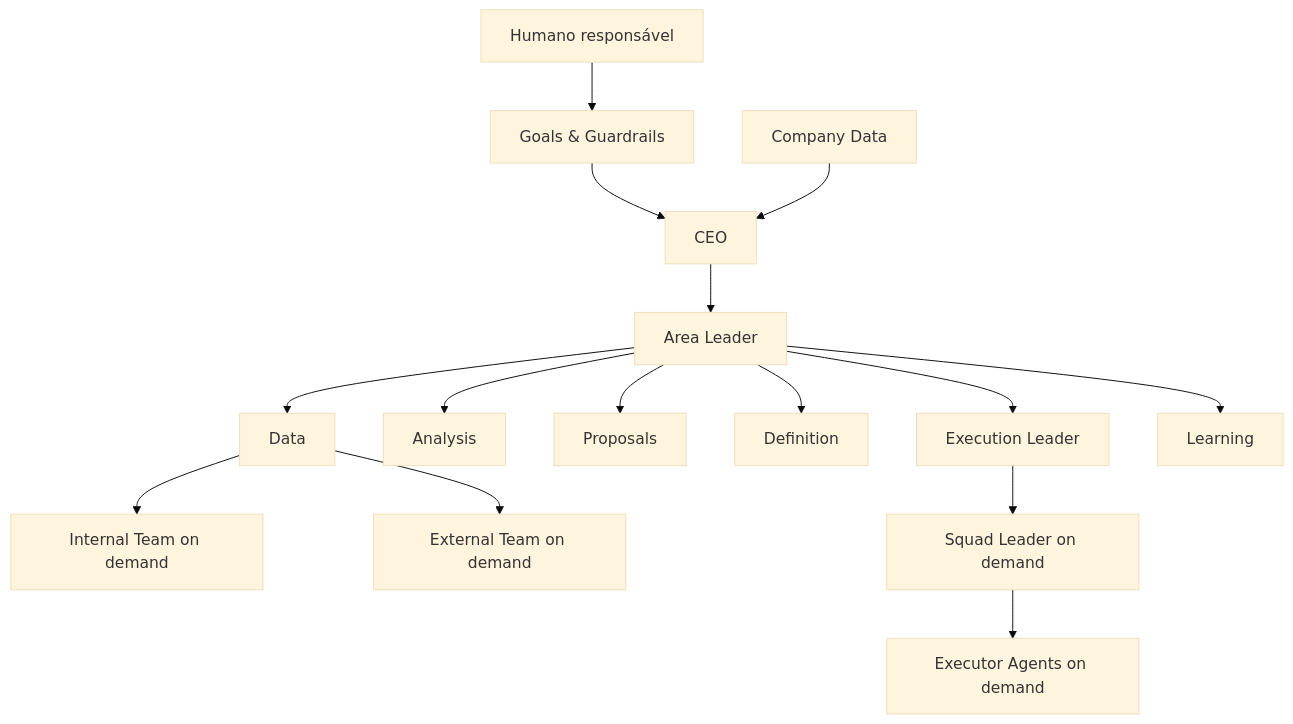
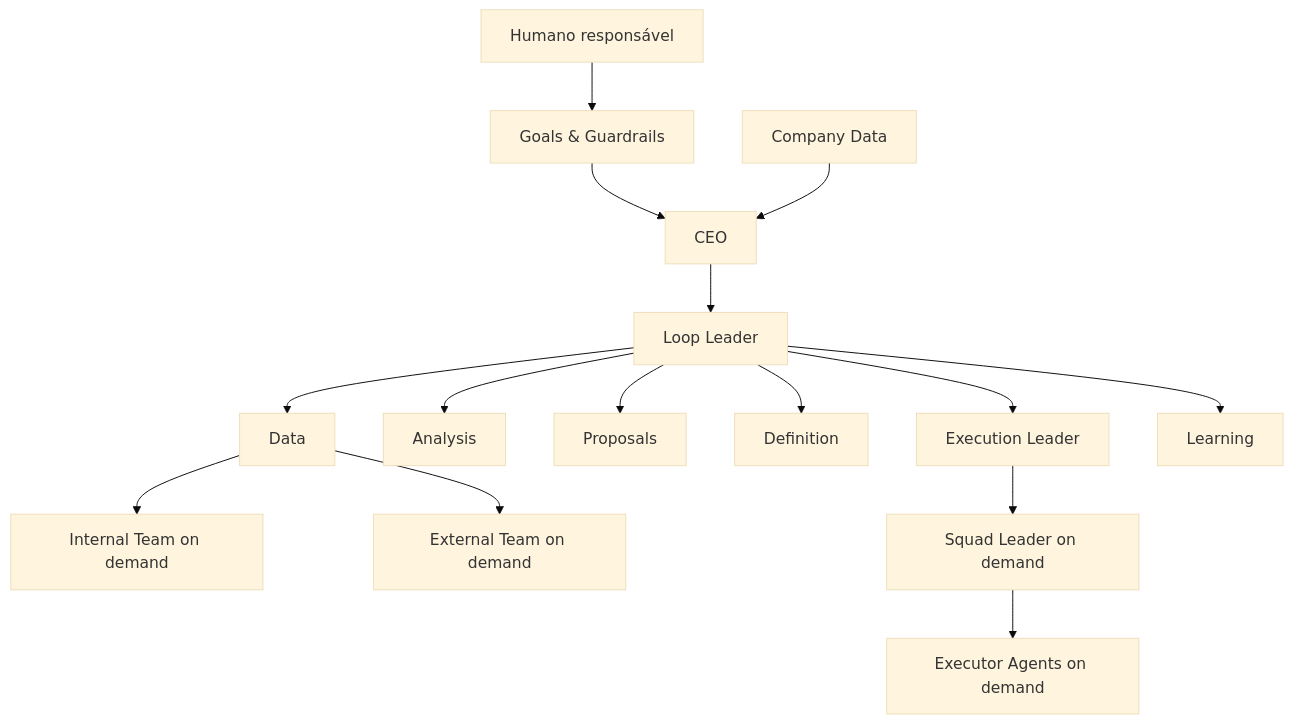
The first of 2 diagrams in COMPANY_STRUCTURE.md (clwdtch/autocompany), drawn with Mermaid (base theme) before and after one commit. The commit also changed other lines of this file and 6 other files, not shown here.

````diff
--- a/COMPANY_STRUCTURE.md
+++ b/COMPANY_STRUCTURE.md
@@ -56,17 +56,17 @@
 ```mermaid
 flowchart TD
     H["Humano responsável"] --> GG["Goals & Guardrails"]
     GG --> CEO["CEO"]
     CD["Company Data"] --> CEO
-    CEO --> AL["Area Leader"]
+    CEO --> AL["Loop Leader"]
     AL --> D["Data"]
     AL --> AN["Analysis"]
     AL --> P["Proposals"]
     AL --> DF["Definition"]
     AL --> EL["Execution Leader"]
     AL --> L["Learning"]
     D --> IT["Internal Team on demand"]
     D --> ET["External Team on demand"]
     EL --> SL["Squad Leader on demand"]
     SL --> EX["Executor Agents on demand"]
 ```
````
